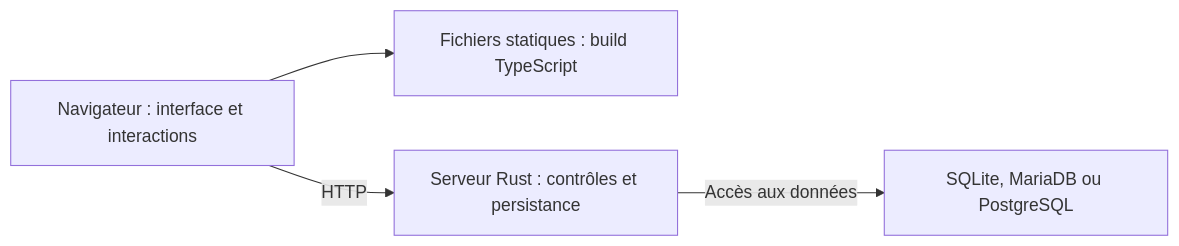
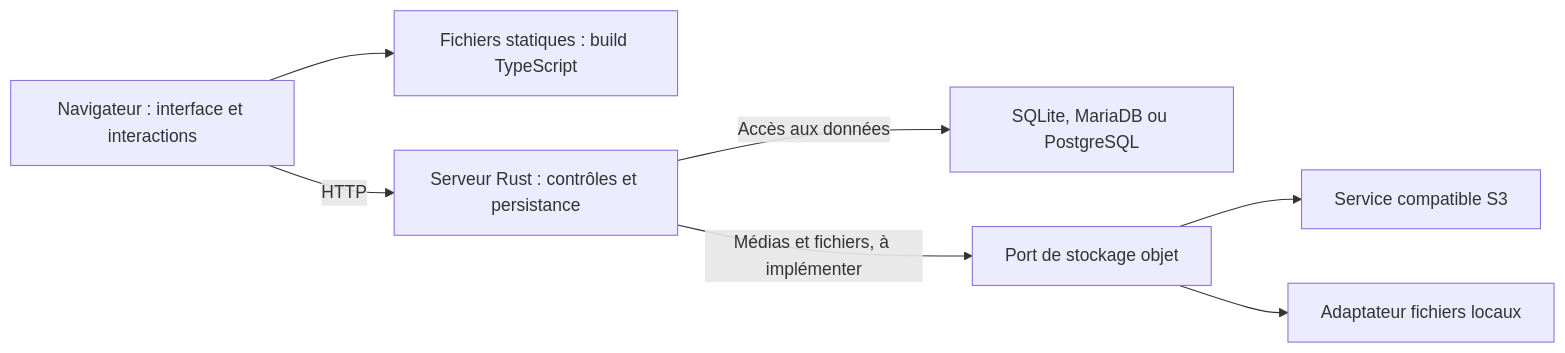
One commit to akerfourn/RustSurvey changed the diagram in docs/architecture.md. Above: the diagram before and after it, drawn with Mermaid. The commit also changed other lines of this file and 53 other files, not shown here.

````diff
--- a/docs/architecture.md
+++ b/docs/architecture.md
@@ -10,10 +10,16 @@
 ```mermaid
 flowchart LR
     Browser["Navigateur : interface et interactions"]
     Assets["Fichiers statiques : build TypeScript"]
     API["Serveur Rust : contrôles et persistance"]
     Storage["SQLite, MariaDB ou PostgreSQL"]
+    Objects["Port de stockage objet"]
+    S3["Service compatible S3"]
+    Disk["Adaptateur fichiers locaux"]
     Browser --> Assets
     Browser -->|HTTP| API
     API -->|Accès aux données| Storage
+    API -->|Médias et fichiers, à implémenter| Objects
+    Objects --> S3
+    Objects --> Disk
 ```
````
